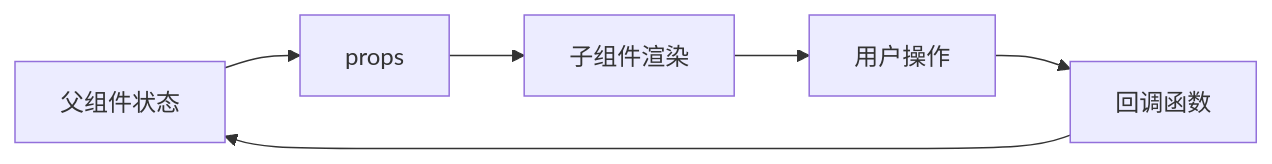
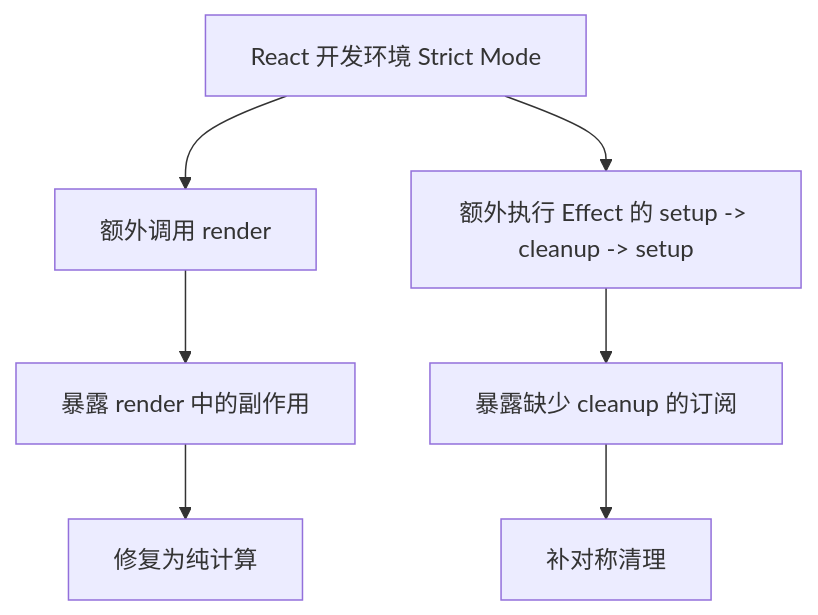
One commit to yokry-he/yok-study-web changed the fourth of 19 diagrams in docs/react/visual-guide.md. Above: the diagram before and after it, drawn with Mermaid. The commit also changed other lines of this file and 14 other files, not shown here.

````diff
--- a/docs/react/visual-guide.md
+++ b/docs/react/visual-guide.md
@@ -33,8 +102,9 @@
 ```mermaid
-flowchart LR
-  A[父组件状态] --> B[props]
-  B --> C[子组件渲染]
-  C --> D[用户操作]
-  D --> E[回调函数]
-  E --> A
+flowchart TD
+  A["React 开发环境 Strict Mode"] --> B["额外调用 render"]
+  A --> C["额外执行 Effect 的 setup -> cleanup -> setup"]
+  B --> D["暴露 render 中的副作用"]
+  C --> E["暴露缺少 cleanup 的订阅"]
+  D --> F["修复为纯计算"]
+  E --> G["补对称清理"]
 ```
````
